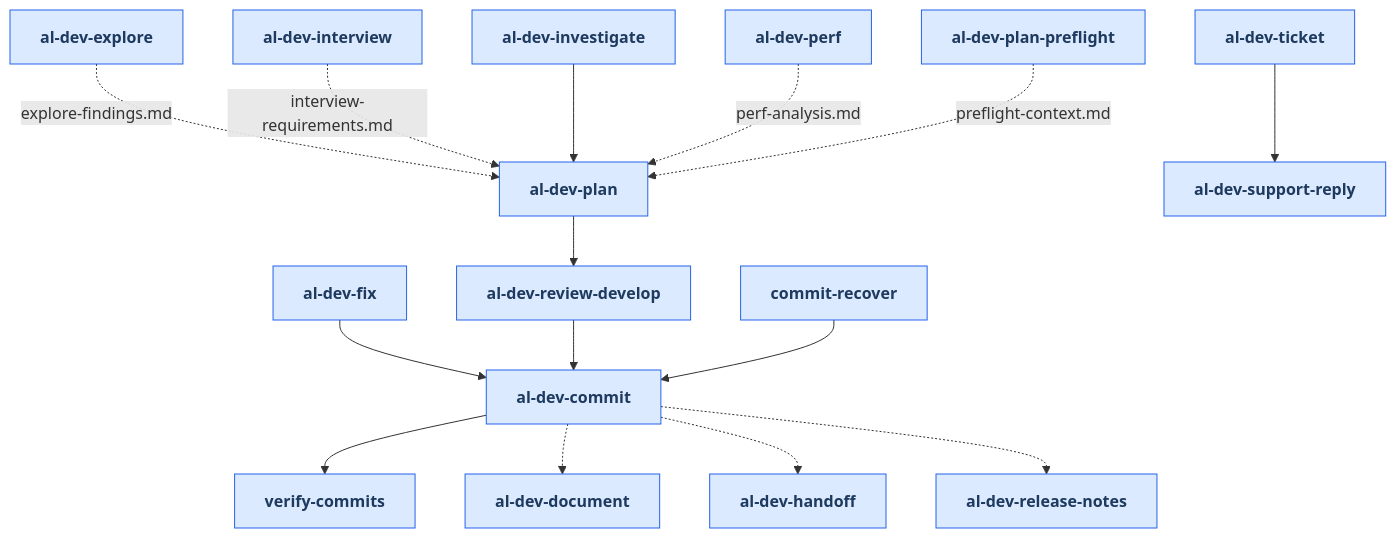
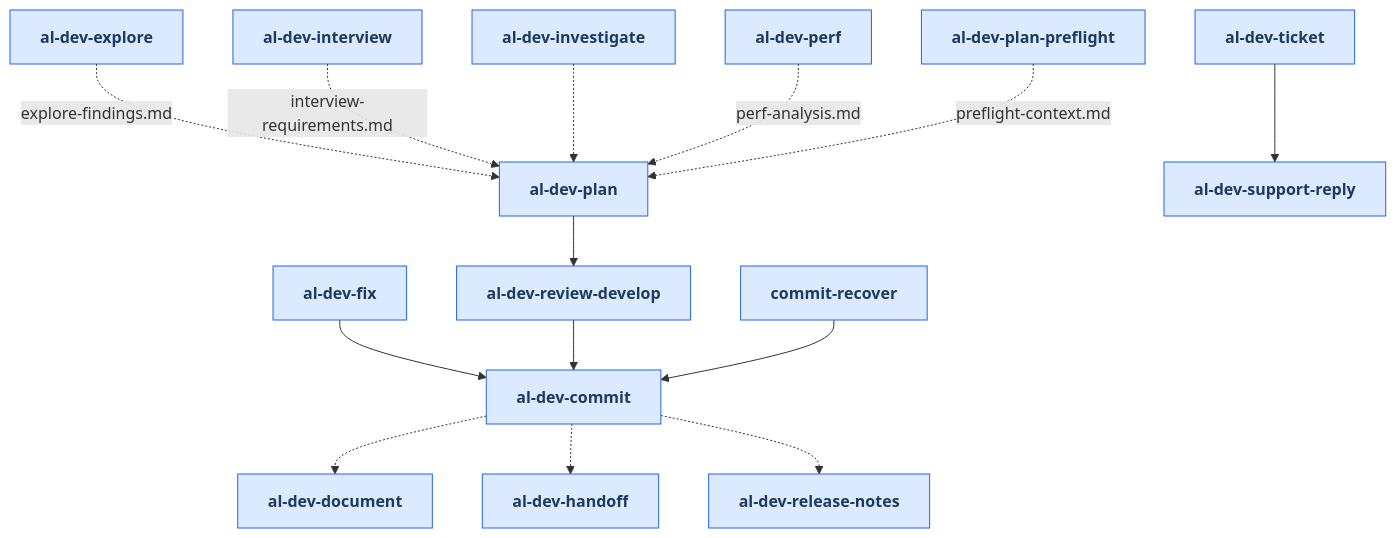
The first of 24 diagrams in docs/al-dev-skills-map.md (russell-laing/al-dev-shared), drawn with Mermaid before and after one commit. The commit also changed other lines of this file and 5 other files, not shown here.

````diff
--- a/docs/al-dev-skills-map.md
+++ b/docs/al-dev-skills-map.md
@@ -22,52 +22,49 @@
 ```mermaid
 flowchart TD
     classDef skillNode fill:#dbeafe,stroke:#2563eb,color:#1e3a5f,font-weight:bold
     skill_al_dev_commit[al-dev-commit]
     skill_al_dev_document[al-dev-document]
     skill_al_dev_explore[al-dev-explore]
     skill_al_dev_fix[al-dev-fix]
     skill_al_dev_handoff[al-dev-handoff]
     skill_al_dev_interview[al-dev-interview]
     skill_al_dev_investigate[al-dev-investigate]
     skill_al_dev_perf[al-dev-perf]
     skill_al_dev_plan[al-dev-plan]
     skill_al_dev_plan_preflight[al-dev-plan-preflight]
     skill_al_dev_release_notes[al-dev-release-notes]
     skill_al_dev_review_develop[al-dev-review-develop]
     skill_al_dev_support_reply[al-dev-support-reply]
     skill_al_dev_ticket[al-dev-ticket]
     skill_commit_recover[commit-recover]
-    skill_verify_commits[verify-commits]
 
-    skill_al_dev_commit --> skill_verify_commits
     skill_al_dev_commit -.-> skill_al_dev_document
     skill_al_dev_commit -.-> skill_al_dev_handoff
     skill_al_dev_commit -.-> skill_al_dev_release_notes
     skill_al_dev_explore -.-> |explore-findings.md| skill_al_dev_plan
     skill_al_dev_fix --> skill_al_dev_commit
     skill_al_dev_interview -.-> |interview-requirements.md| skill_al_dev_plan
-    skill_al_dev_investigate --> skill_al_dev_plan
+    skill_al_dev_investigate -.-> skill_al_dev_plan
     skill_al_dev_perf -.-> |perf-analysis.md| skill_al_dev_plan
     skill_al_dev_plan --> skill_al_dev_review_develop
     skill_al_dev_plan_preflight -.-> |preflight-context.md| skill_al_dev_plan
     skill_al_dev_review_develop --> skill_al_dev_commit
     skill_al_dev_ticket --> skill_al_dev_support_reply
     skill_commit_recover --> skill_al_dev_commit
 
     class skill_al_dev_commit skillNode
     class skill_al_dev_document skillNode
     class skill_al_dev_explore skillNode
     class skill_al_dev_fix skillNode
     class skill_al_dev_handoff skillNode
     class skill_al_dev_interview skillNode
     class skill_al_dev_investigate skillNode
     class skill_al_dev_perf skillNode
     class skill_al_dev_plan skillNode
     class skill_al_dev_plan_preflight skillNode
     class skill_al_dev_release_notes skillNode
     class skill_al_dev_review_develop skillNode
     class skill_al_dev_support_reply skillNode
     class skill_al_dev_ticket skillNode
     class skill_commit_recover skillNode
-    class skill_verify_commits skillNode
 ```
````
